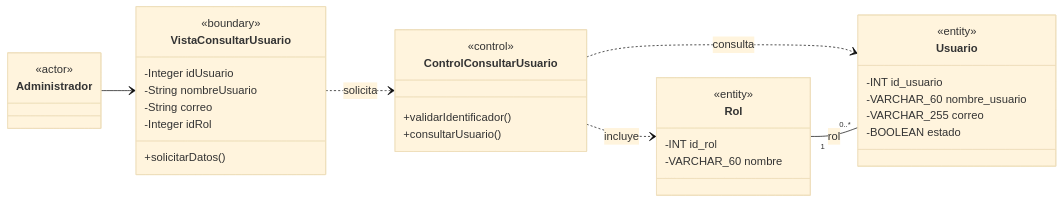
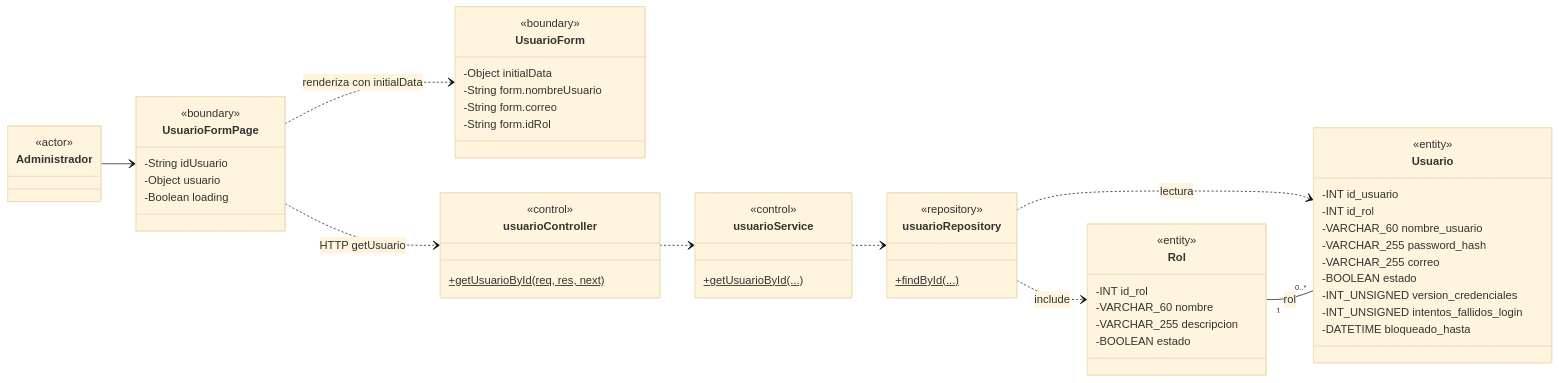
The fifth of 34 diagrams in docs/ai/analisis-clases-academico.md (CreepyBowDev/cadefar-inventory-system), drawn with Mermaid (base theme) before and after one commit. The commit also changed other lines of this file, not shown here.

````diff
--- a/docs/ai/analisis-clases-academico.md
+++ b/docs/ai/analisis-clases-academico.md
@@ -345,35 +464,57 @@
 ```mermaid
 classDiagram
     direction LR
     class Administrador { <<actor>> }
-    class VistaConsultarUsuario {
+    class UsuarioFormPage {
         <<boundary>>
-        -Integer idUsuario
-        -String nombreUsuario
-        -String correo
-        -Integer idRol
-        +solicitarDatos()
+        -String idUsuario
+        -Object usuario
+        -Boolean loading
     }
-    class ControlConsultarUsuario {
+    class UsuarioForm {
+        <<boundary>>
+        -Object initialData
+        -String form.nombreUsuario
+        -String form.correo
+        -String form.idRol
+    }
+    class usuarioController {
         <<control>>
-        +validarIdentificador()
-        +consultarUsuario()
+        +getUsuarioById(req, res, next)$
+    }
+    class usuarioService {
+        <<control>>
+        +getUsuarioById(...)$
+    }
+    class usuarioRepository {
+        <<repository>>
+        +findById(...)$
     }
     class Usuario {
         <<entity>>
         -INT id_usuario
+        -INT id_rol
         -VARCHAR_60 nombre_usuario
+        -VARCHAR_255 password_hash
         -VARCHAR_255 correo
         -BOOLEAN estado
+        -INT_UNSIGNED version_credenciales
+        -INT_UNSIGNED intentos_fallidos_login
+        -DATETIME bloqueado_hasta
     }
     class Rol {
         <<entity>>
         -INT id_rol
         -VARCHAR_60 nombre
+        -VARCHAR_255 descripcion
+        -BOOLEAN estado
     }
-    Administrador --> VistaConsultarUsuario
-    VistaConsultarUsuario ..> ControlConsultarUsuario : solicita
-    ControlConsultarUsuario ..> Usuario : consulta
-    ControlConsultarUsuario ..> Rol : incluye
+    Administrador --> UsuarioFormPage
+    UsuarioFormPage ..> UsuarioForm : renderiza con initialData
+    UsuarioFormPage ..> usuarioController : HTTP getUsuario
+    usuarioController ..> usuarioService
+    usuarioService ..> usuarioRepository
+    usuarioRepository ..> Usuario : lectura
+    usuarioRepository ..> Rol : include
     Rol "1" -- "0..*" Usuario : rol
 ```
````
